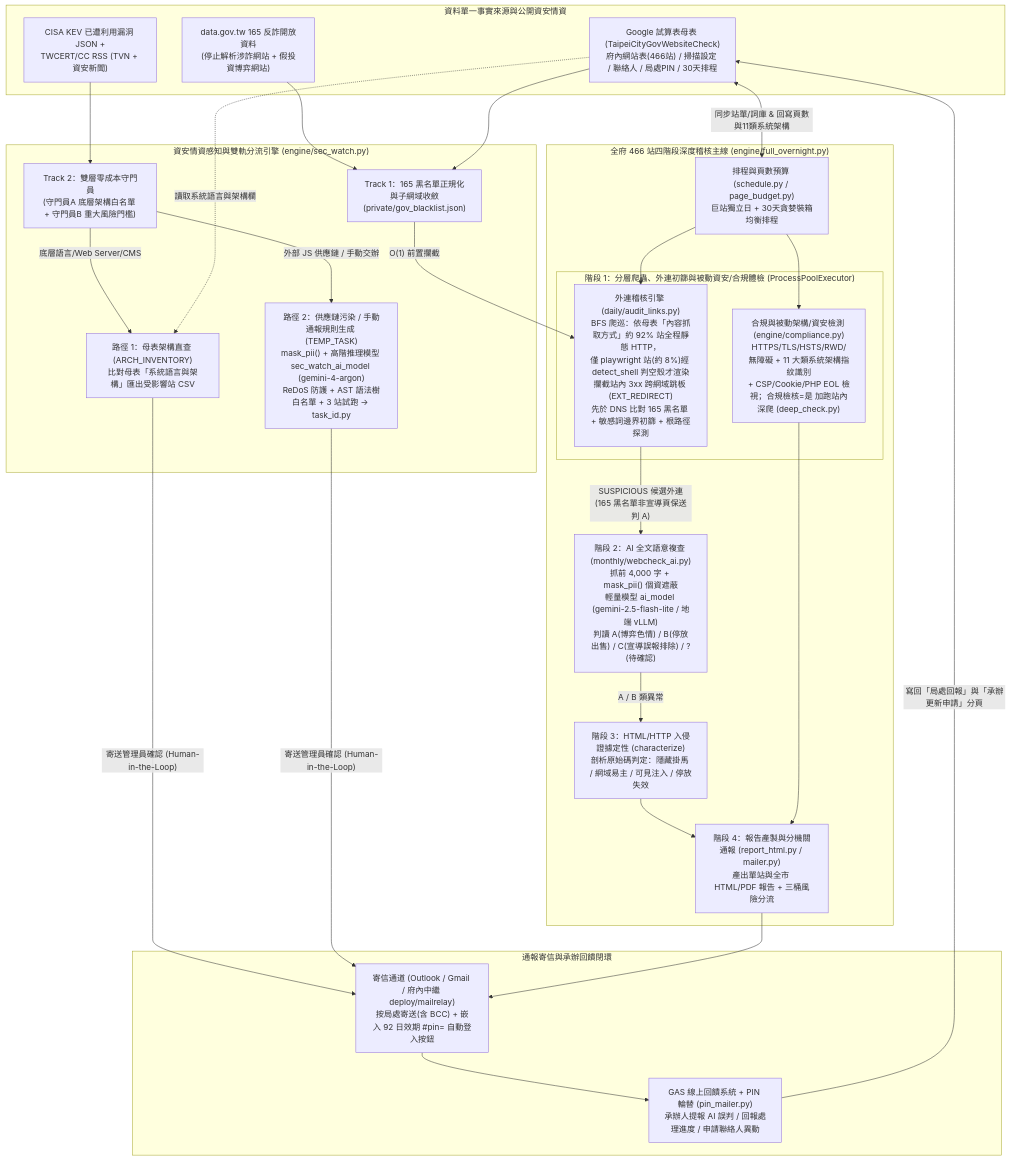
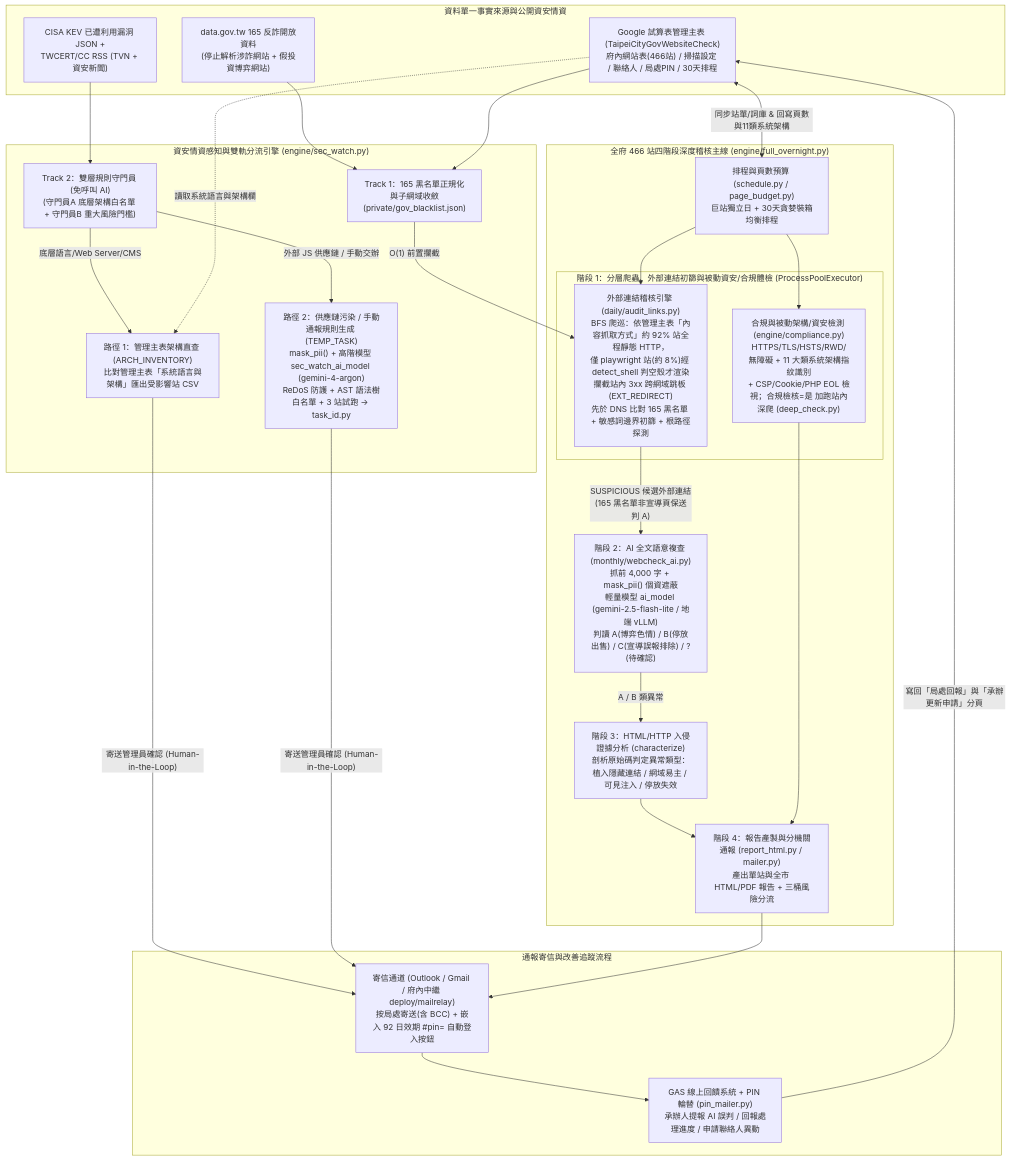
The diagram in README.md (acebd12345/websitecheck), drawn with Mermaid before and after one commit. The commit also changed other lines of this file and 3 other files, not shown here.

````diff
--- a/README.md
+++ b/README.md
@@ -17,48 +17,48 @@
 ```mermaid
 flowchart TD
     subgraph SSoT["資料單一事實來源與公開資安情資"]
-        GS["Google 試算表母表 (TaipeiCityGovWebsiteCheck)<br/>府內網站表(466站) / 掃描設定 / 聯絡人 / 局處PIN / 30天排程"]
+        GS["Google 試算表管理主表 (TaipeiCityGovWebsiteCheck)<br/>府內網站表(466站) / 掃描設定 / 聯絡人 / 局處PIN / 30天排程"]
         GOV165["data.gov.tw 165 反詐開放資料<br/>(停止解析涉詐網站 + 假投資博弈網站)"]
         KEV_RSS["CISA KEV 已遭利用漏洞 JSON +<br/>TWCERT/CC RSS (TVN + 資安新聞)"]
     end
 
     subgraph SecWatch["資安情資感知與雙軌分流引擎 (engine/sec_watch.py)"]
         SW_T1["Track 1：165 黑名單正規化與子網域收斂<br/>(private/gov_blacklist.json)"]
-        SW_GATE["Track 2：雙層零成本守門員<br/>(守門員A 底層架構白名單 + 守門員B 重大風險門檻)"]
-        SW_P1["路徑 1：母表架構直查 (ARCH_INVENTORY)<br/>比對母表「系統語言與架構」匯出受影響站 CSV"]
-        SW_P2["路徑 2：供應鏈污染 / 手動通報規則生成 (TEMP_TASK)<br/>mask_pii() + 高階推理模型 sec_watch_ai_model (gemini-4-argon)<br/>ReDoS 防護 + AST 語法樹白名單 + 3 站試跑 → task_id.py"]
+        SW_GATE["Track 2：雙層規則守門員 (免呼叫 AI)<br/>(守門員A 底層架構白名單 + 守門員B 重大風險門檻)"]
+        SW_P1["路徑 1：管理主表架構直查 (ARCH_INVENTORY)<br/>比對管理主表「系統語言與架構」匯出受影響站 CSV"]
+        SW_P2["路徑 2：供應鏈污染 / 手動通報規則生成 (TEMP_TASK)<br/>mask_pii() + 高階模型 sec_watch_ai_model (gemini-4-argon)<br/>ReDoS 防護 + AST 語法樹白名單 + 3 站試跑 → task_id.py"]
     end
 
     subgraph Pipeline["全府 466 站四階段深度稽核主線 (engine/full_overnight.py)"]
         P0["排程與頁數預算 (schedule.py / page_budget.py)<br/>巨站獨立日 + 30天貪婪裝箱均衡排程"]
-        subgraph Stage1["階段 1：分層爬蟲、外連初篩與被動資安/合規體檢 (ProcessPoolExecutor)"]
-            AL["外連稽核引擎 (daily/audit_links.py)<br/>BFS 爬巡：依母表「內容抓取方式」約 92% 站全程靜態 HTTP，<br/>僅 playwright 站(約 8%)經 detect_shell 判空殼才渲染<br/>攔截站內 3xx 跨網域跳板 (EXT_REDIRECT)<br/>先於 DNS 比對 165 黑名單 + 敏感詞邊界初篩 + 根路徑探測"]
+        subgraph Stage1["階段 1：分層爬蟲、外部連結初篩與被動資安/合規體檢 (ProcessPoolExecutor)"]
+            AL["外部連結稽核引擎 (daily/audit_links.py)<br/>BFS 爬巡：依管理主表「內容抓取方式」約 92% 站全程靜態 HTTP，<br/>僅 playwright 站(約 8%)經 detect_shell 判空殼才渲染<br/>攔截站內 3xx 跨網域跳板 (EXT_REDIRECT)<br/>先於 DNS 比對 165 黑名單 + 敏感詞邊界初篩 + 根路徑探測"]
             COMP["合規與被動架構/資安檢測 (engine/compliance.py)<br/>HTTPS/TLS/HSTS/RWD/無障礙 + 11 大類系統架構指紋識別<br/>+ CSP/Cookie/PHP EOL 檢視；合規檢核=是 加跑站內深爬 (deep_check.py)"]
         end
         Stage2["階段 2：AI 全文語意複查 (monthly/webcheck_ai.py)<br/>抓前 4,000 字 + mask_pii() 個資遮蔽<br/>輕量模型 ai_model (gemini-2.5-flash-lite / 地端 vLLM)<br/>判讀 A(博弈色情) / B(停放出售) / C(宣導誤報排除) / ?(待確認)"]
-        Stage3["階段 3：HTML/HTTP 入侵證據定性 (characterize)<br/>剖析原始碼判定：隱藏掛馬 / 網域易主 / 可見注入 / 停放失效"]
+        Stage3["階段 3：HTML/HTTP 入侵證據分析 (characterize)<br/>剖析原始碼判定異常類型：植入隱藏連結 / 網域易主 / 可見注入 / 停放失效"]
         Stage4["階段 4：報告產製與分機關通報 (report_html.py / mailer.py)<br/>產出單站與全市 HTML/PDF 報告 + 三桶風險分流"]
     end
 
-    subgraph Delivery["通報寄信與承辦回饋閉環"]
+    subgraph Delivery["通報寄信與改善追蹤流程"]
         RELAY["寄信通道 (Outlook / Gmail / 府內中繼 deploy/mailrelay)<br/>按局處寄送(含 BCC) + 嵌入 92 日效期 #pin= 自動登入按鈕"]
         FB["GAS 線上回饋系統 + PIN 輪替 (pin_mailer.py)<br/>承辦人提報 AI 誤判 / 回報處理進度 / 申請聯絡人異動"]
     end
 
     GS <-->|"同步站單/詞庫 & 回寫頁數與11類系統架構"| P0
     GOV165 & GS --> SW_T1
     SW_T1 -->|"O(1) 前置攔截"| AL
     KEV_RSS --> SW_GATE
     SW_GATE -->|"底層語言/Web Server/CMS"| SW_P1
     SW_GATE -->|"外部 JS 供應鏈 / 手動交辦"| SW_P2
     GS -.->|"讀取系統語言與架構欄"| SW_P1
     SW_P1 & SW_P2 -->|"寄送管理員確認 (Human-in-the-Loop)"| RELAY
 
     P0 --> AL & COMP
-    AL -->|"SUSPICIOUS 候選外連<br/>(165 黑名單非宣導頁保送判 A)"| Stage2
+    AL -->|"SUSPICIOUS 候選外部連結<br/>(165 黑名單非宣導頁保送判 A)"| Stage2
     Stage2 -->|"A / B 類異常"| Stage3
     Stage3 & COMP --> Stage4
     Stage4 --> RELAY
     RELAY --> FB
     FB -->|"寫回「局處回報」與「承辦更新申請」分頁"| GS
 ```
````
